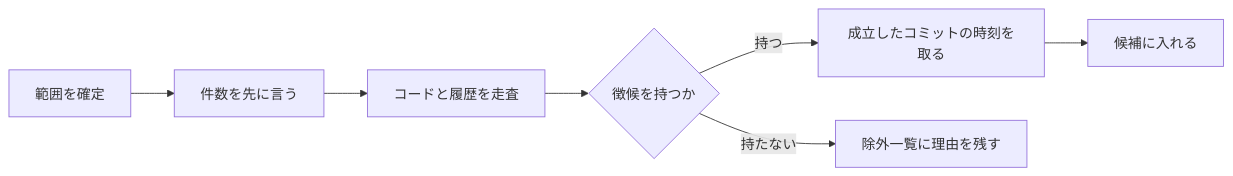
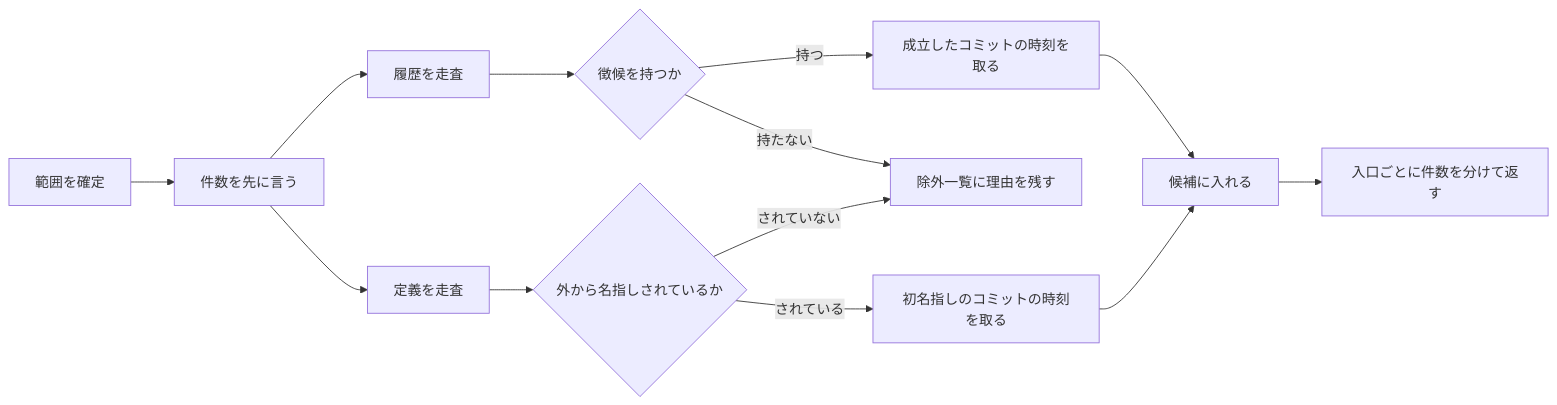
One commit to gameundwatch/codifier changed the diagram in docs/archivist/L2_designs/codifier-collect.md. Above: the diagram before and after it, drawn with Mermaid. The commit also changed other lines of this file and 15 other files, not shown here.

````diff
--- a/docs/archivist/L2_designs/codifier-collect.md
+++ b/docs/archivist/L2_designs/codifier-collect.md
@@ -20,9 +24,15 @@
 ```mermaid
 flowchart LR
     A[範囲を確定] --> B[件数を先に言う]
-    B --> C[コードと履歴を走査]
-    C --> D{徴候を持つか}
+    B --> H[履歴を走査]
+    B --> P[定義を走査]
+    H --> D{徴候を持つか}
     D -->|持つ| T[成立したコミットの時刻を取る]
+    D -->|持たない| F[除外一覧に理由を残す]
+    P --> N{外から名指しされているか}
+    N -->|されている| U[初名指しのコミットの時刻を取る]
+    N -->|されていない| F
     T --> E[候補に入れる]
-    D -->|持たない| F[除外一覧に理由を残す]
+    U --> E
+    E --> G[入口ごとに件数を分けて返す]
 ```
````
